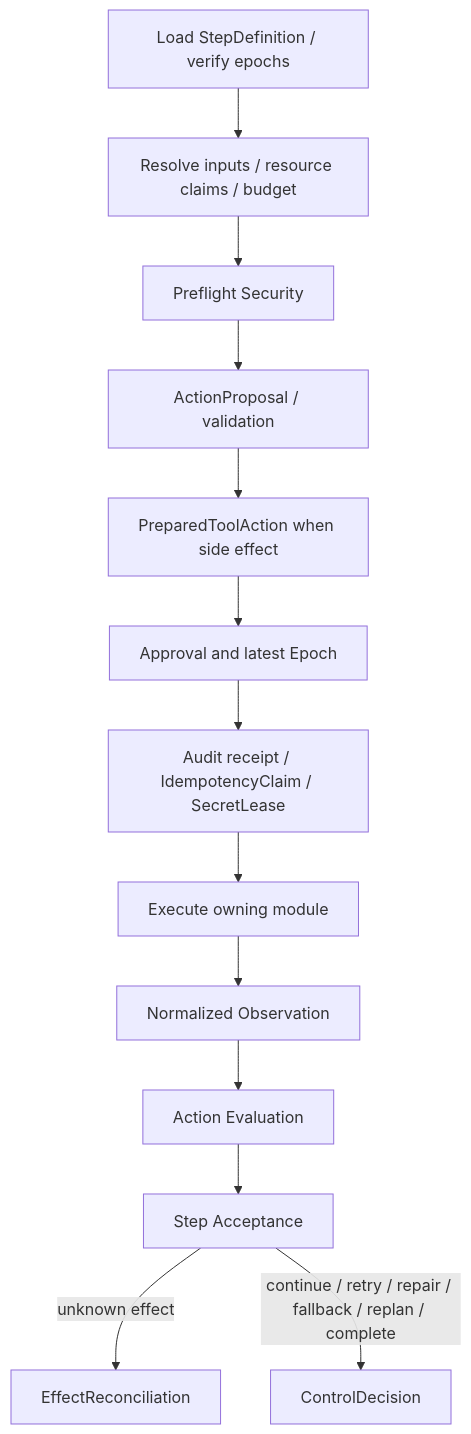
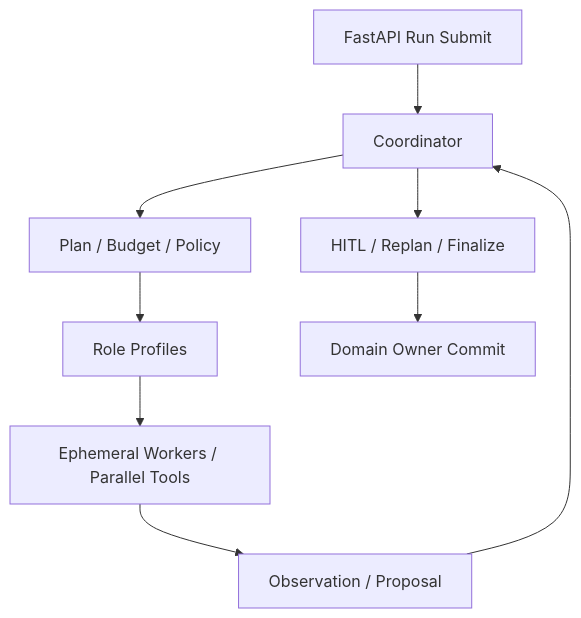
One commit to ProfessorZhi/Zuno changed the seventh of 14 diagrams in docs/project/architecture/architecture-views.md. Above: the diagram before and after it, drawn with Mermaid. The commit also changed other lines of this file and 99 other files, not shown here.

Commit message:
docs: reframe architecture around Python microservices

````diff
--- a/docs/project/architecture/architecture-views.md
+++ b/docs/project/architecture/architecture-views.md
@@ -161,15 +101,11 @@
 ```mermaid
 flowchart TB
-  LOAD[Load StepDefinition / verify epochs] --> INPUT[Resolve inputs / resource claims / budget]
-  INPUT --> SEC[Preflight Security]
-  SEC --> PROPOSE[ActionProposal / validation]
-  PROPOSE --> PREP[PreparedToolAction when side effect]
-  PREP --> APPROVE[Approval and latest Epoch]
-  APPROVE --> CLAIM[Audit receipt / IdempotencyClaim / SecretLease]
-  CLAIM --> EXEC[Execute owning module]
-  EXEC --> OBS[Normalized Observation]
-  OBS --> EVAL[Action Evaluation]
-  EVAL --> ACCEPT[Step Acceptance]
-  ACCEPT -->|unknown effect| RECON[EffectReconciliation]
-  ACCEPT -->|continue / retry / repair / fallback / replan / complete| DECIDE[ControlDecision]
+  SUBMIT[FastAPI Run Submit] --> COORD[Coordinator]
+  COORD --> PLAN[Plan / Budget / Policy]
+  PLAN --> ROLE[Role Profiles]
+  ROLE --> WORKER[Ephemeral Workers / Parallel Tools]
+  WORKER --> OBS[Observation / Proposal]
+  OBS --> COORD
+  COORD --> HITL[HITL / Replan / Finalize]
+  HITL --> DOMAIN[Domain Owner Commit]
 ```
````
